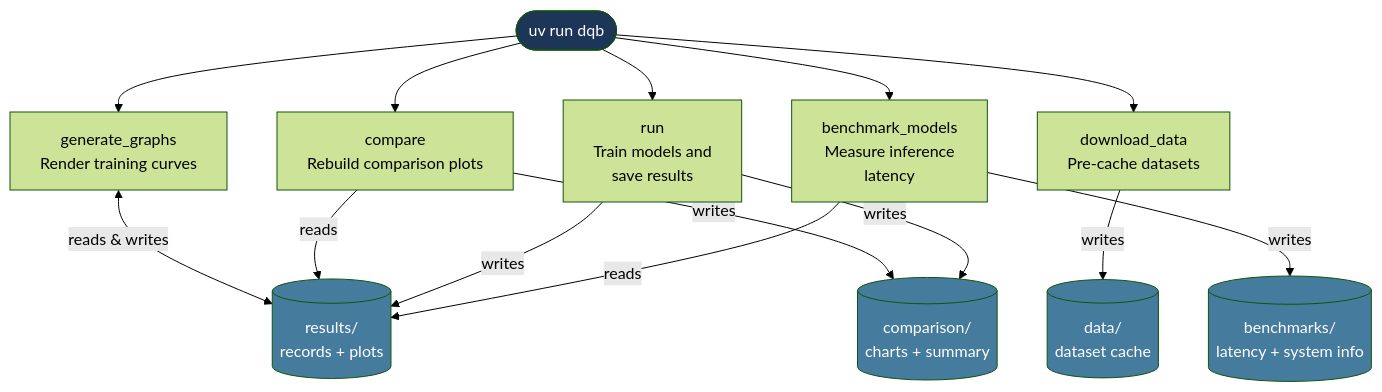
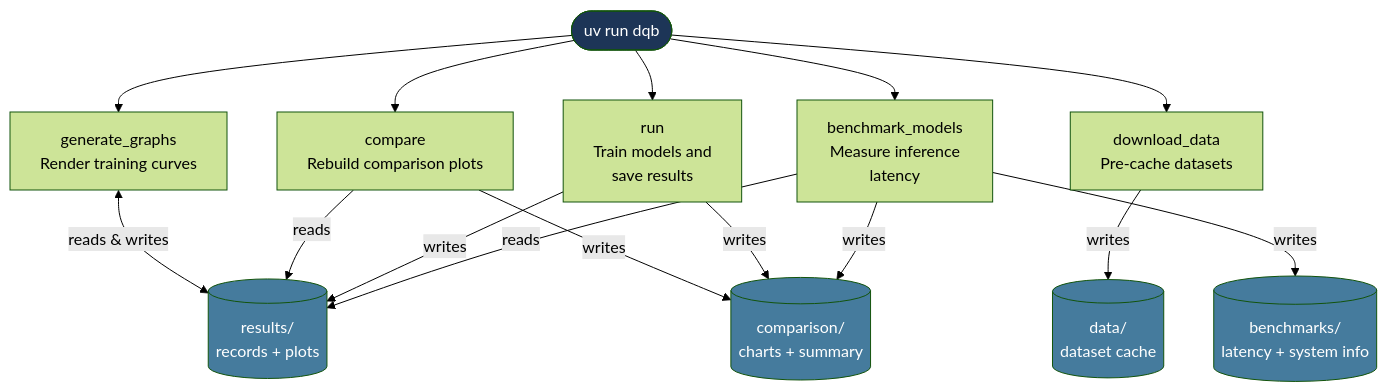
One commit to VG-Fish/PerforatedAI-Quantization-Experiment changed the seventh of 7 diagrams in information/CLI_DIAGRAMS.md. Above: the diagram before and after it, drawn with Mermaid (forest theme). The commit also changed other lines of this file and 5 other files, not shown here.

````diff
--- a/information/CLI_DIAGRAMS.md
+++ b/information/CLI_DIAGRAMS.md
@@ -341,36 +348,37 @@
 ```mermaid
 flowchart TD
     CLI([uv run dqb])
     
     GG["generate_graphs<br>Render training curves"]
     CMP["compare<br>Rebuild comparison plots"]
     RUN["run<br>Train models and<br>save results"]
     DL["download_data<br>Pre-cache datasets"]
     BEN["benchmark_models<br>Measure inference<br>latency"]
 
     RES[("results/<br>records + plots")]
     COM[("comparison/<br>charts + summary")]
     DAT[("data/<br>dataset cache")]
     BEN_OUT[("benchmarks/<br>latency + system info")]
 
     CLI --> GG
     CLI --> CMP
     CLI --> RUN
     CLI --> DL
     CLI --> BEN
 
     GG <-->|reads & writes| RES
     CMP -->|reads| RES
     CMP -->|writes| COM
     RUN -->|writes| RES
     RUN -->|writes| COM
     DL -->|writes| DAT
     BEN -->|reads| RES
     BEN -->|writes| BEN_OUT
+    BEN -->|writes| COM
 
     style CLI fill:#1d3557,color:#fff
     style RES fill:#457b9d,color:#fff
     style COM fill:#457b9d,color:#fff
     style DAT fill:#457b9d,color:#fff
     style BEN_OUT fill:#457b9d,color:#fff
 ```
````
